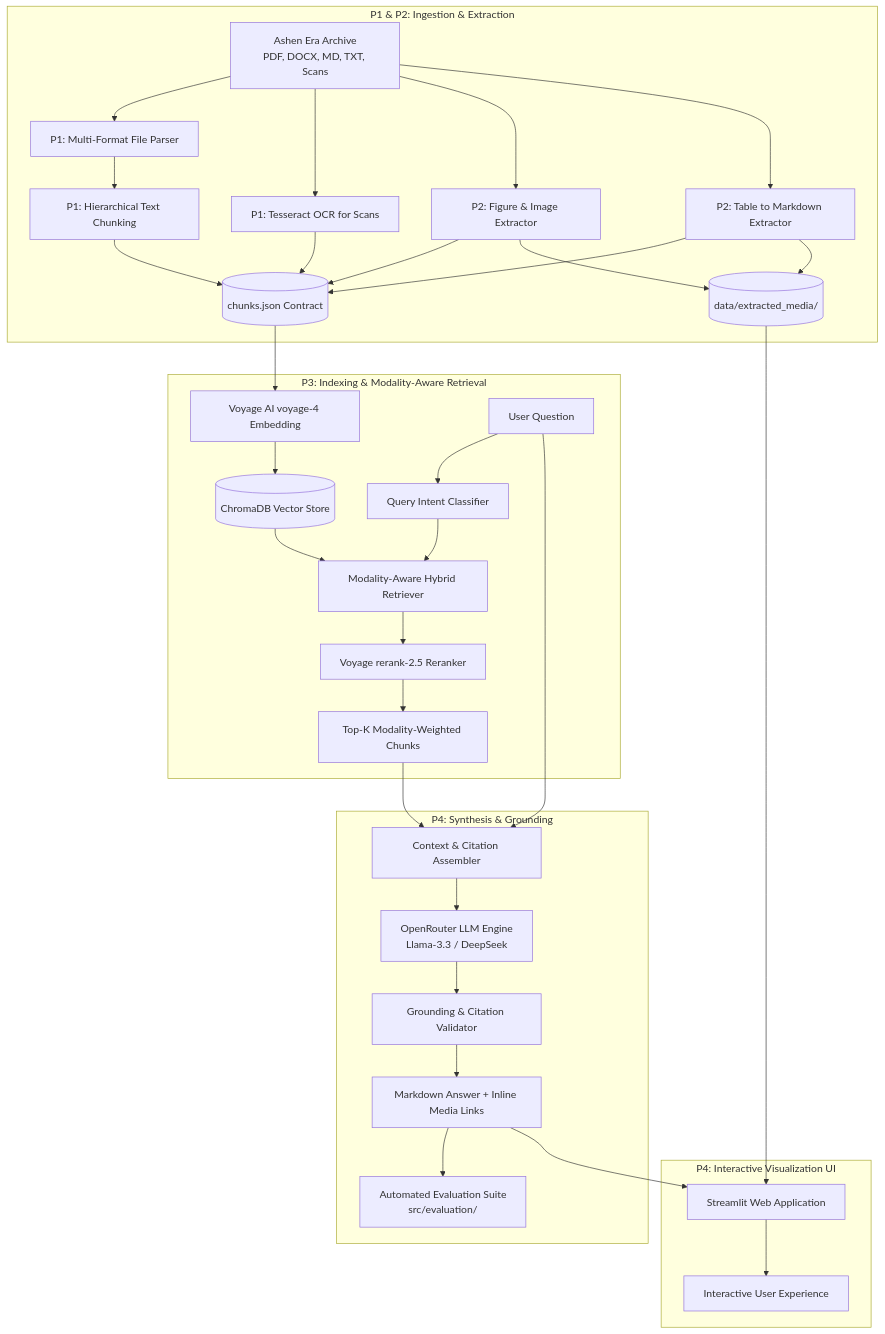
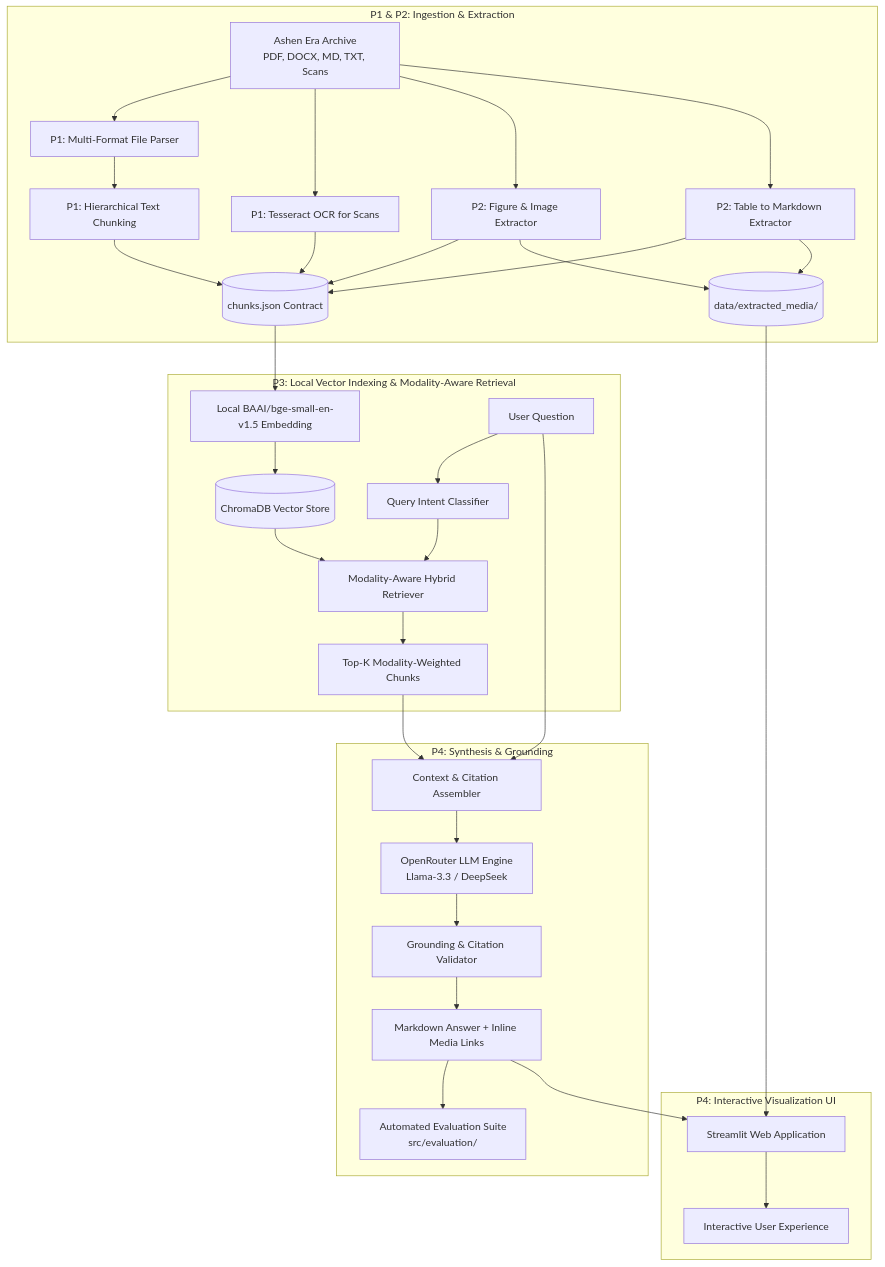
One commit to IT25101463/DeepThink changed the diagram in docs/architecture.md. Above: the diagram before and after it, drawn with Mermaid. The commit also changed other lines of this file and 10 other files, not shown here.

First line of the commit message:
feat(retrieval): finalize 100% free local BGE embedding stack with zero API dependencies

````diff
--- a/docs/architecture.md
+++ b/docs/architecture.md
@@ -13,41 +14,40 @@
 ```mermaid
 flowchart TD
     subgraph Ingestion Layer [P1 & P2: Ingestion & Extraction]
         Corpus[Ashen Era Archive<br/>PDF, DOCX, MD, TXT, Scans] --> Parser[P1: Multi-Format File Parser]
         Corpus --> OCR[P1: Tesseract OCR for Scans]
         Corpus --> ExtImg[P2: Figure & Image Extractor]
         Corpus --> ExtTab[P2: Table to Markdown Extractor]
         Parser --> TextChunk[P1: Hierarchical Text Chunking]
         ExtImg --> ChunksContract[(chunks.json Contract)]
         ExtTab --> ChunksContract
         TextChunk --> ChunksContract
         OCR --> ChunksContract
         ExtImg --> MediaStore[(data/extracted_media/)]
         ExtTab --> MediaStore
     end
 
-    subgraph Retrieval Layer [P3: Indexing & Modality-Aware Retrieval]
-        ChunksContract --> VoyageEmbed[Voyage AI voyage-4 Embedding]
-        VoyageEmbed --> ChromaIndex[(ChromaDB Vector Store)]
+    subgraph Retrieval Layer [P3: Local Vector Indexing & Modality-Aware Retrieval]
+        ChunksContract --> LocalEmbed[Local BAAI/bge-small-en-v1.5 Embedding]
+        LocalEmbed --> ChromaIndex[(ChromaDB Vector Store)]
         UserQuery[User Question] --> IntentClassifier[Query Intent Classifier]
         IntentClassifier --> HybridSearch[Modality-Aware Hybrid Retriever]
         ChromaIndex --> HybridSearch
-        HybridSearch --> VoyageReranker[Voyage rerank-2.5 Reranker]
-        VoyageReranker --> RankedChunks[Top-K Modality-Weighted Chunks]
+        HybridSearch --> RankedChunks[Top-K Modality-Weighted Chunks]
     end
 
     subgraph Generation & Evaluation Layer [P4: Synthesis & Grounding]
         RankedChunks --> PromptBuilder[Context & Citation Assembler]
         UserQuery --> PromptBuilder
         PromptBuilder --> OpenRouterLLM[OpenRouter LLM Engine<br/>Llama-3.3 / DeepSeek]
         OpenRouterLLM --> HallucinationGuard[Grounding & Citation Validator]
         HallucinationGuard --> FormattedOutput[Markdown Answer + Inline Media Links]
         FormattedOutput --> Evaluator[Automated Evaluation Suite<br/>src/evaluation/]
     end
 
     subgraph Interface Layer [P4: Interactive Visualization UI]
         FormattedOutput --> StreamlitApp[Streamlit Web Application]
         MediaStore --> StreamlitApp
         StreamlitApp --> EndUser[Interactive User Experience]
     end
 ```
````
